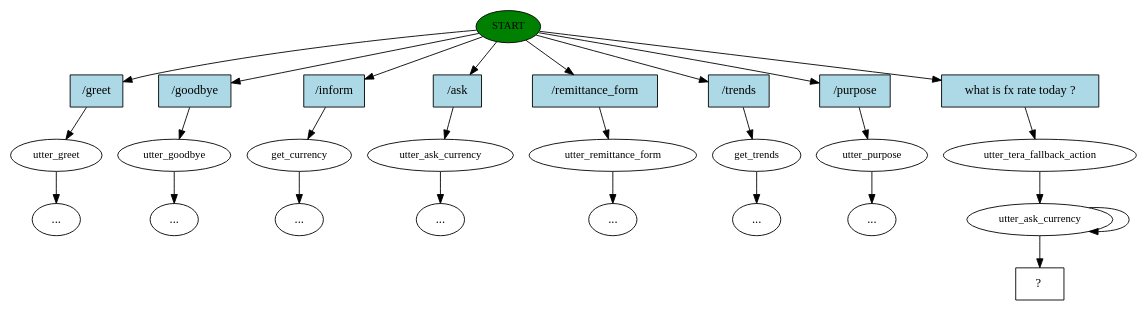
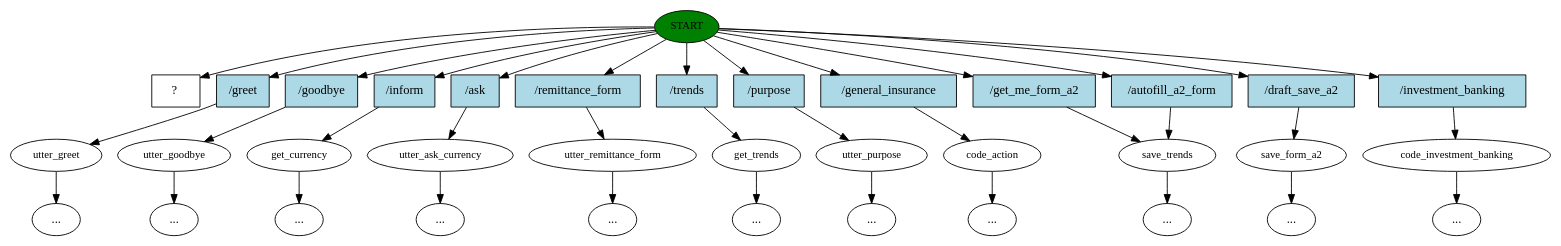
Before and after one commit to vijaykpawar/rasabot: the diagram in story_graph.dot, drawn with Graphviz. The commit also changed 13 other files, not shown here.

```diff
--- a/story_graph.dot
+++ b/story_graph.dot
@@ -1,54 +1,74 @@
 digraph  {
 0 [class="start active", fillcolor=green, fontsize=12, label=START, style=filled];
 1 [class="", fontsize=12, label=utter_greet];
-4 [class="", fontsize=12, label=utter_goodbye];
+2 [class="", fontsize=12, label=utter_goodbye];
+"-4" [class=ellipsis, label="..."];
+3 [class="", fontsize=12, label=get_currency];
 "-6" [class=ellipsis, label="..."];
-5 [class="", fontsize=12, label=get_currency];
 "-7" [class=ellipsis, label="..."];
+6 [class="", fontsize=12, label=utter_ask_currency];
 "-8" [class=ellipsis, label="..."];
-7 [class="", fontsize=12, label=utter_ask_currency];
+7 [class="", fontsize=12, label=utter_remittance_form];
 "-9" [class=ellipsis, label="..."];
-8 [class="", fontsize=12, label=utter_remittance_form];
+8 [class="", fontsize=12, label=get_trends];
 "-10" [class=ellipsis, label="..."];
-9 [class="", fontsize=12, label=get_trends];
+9 [class="", fontsize=12, label=utter_purpose];
 "-11" [class=ellipsis, label="..."];
-10 [class="", fontsize=12, label=utter_purpose];
+10 [class="", fontsize=12, label=code_action];
 "-12" [class=ellipsis, label="..."];
-11 [class=active, fontsize=12, label=utter_tera_fallback_action];
-12 [class=active, fontsize=12, label=utter_ask_currency];
-14 [class="intent dashed active", label="  ?  ", shape=rect];
-15 [class=intent, fillcolor=lightblue, label="/greet", shape=rect, style=filled];
-16 [class=intent, fillcolor=lightblue, label="/goodbye", shape=rect, style=filled];
-17 [class=intent, fillcolor=lightblue, label="/inform", shape=rect, style=filled];
-18 [class=intent, fillcolor=lightblue, label="/ask", shape=rect, style=filled];
-19 [class=intent, fillcolor=lightblue, label="/remittance_form", shape=rect, style=filled];
-20 [class=intent, fillcolor=lightblue, label="/trends", shape=rect, style=filled];
-21 [class=intent, fillcolor=lightblue, label="/purpose", shape=rect, style=filled];
-22 [class="intent active", fillcolor=lightblue, label="what\ is\ fx\ rate\ today\ \?", shape=rect, style=filled];
-0 -> 15  [class="", key=0];
+11 [class="", fontsize=12, label=save_trends];
+"-14" [class=ellipsis, label="..."];
+13 [class="", fontsize=12, label=save_form_a2];
+"-15" [class=ellipsis, label="..."];
+14 [class="", fontsize=12, label=code_investment_banking];
+"-16" [class=ellipsis, label="..."];
+15 [class="intent dashed active", label="  ?  ", shape=rect];
+16 [class=intent, fillcolor=lightblue, label="/greet", shape=rect, style=filled];
+17 [class=intent, fillcolor=lightblue, label="/goodbye", shape=rect, style=filled];
+18 [class=intent, fillcolor=lightblue, label="/inform", shape=rect, style=filled];
+19 [class=intent, fillcolor=lightblue, label="/ask", shape=rect, style=filled];
+20 [class=intent, fillcolor=lightblue, label="/remittance_form", shape=rect, style=filled];
+21 [class=intent, fillcolor=lightblue, label="/trends", shape=rect, style=filled];
+22 [class=intent, fillcolor=lightblue, label="/purpose", shape=rect, style=filled];
+23 [class=intent, fillcolor=lightblue, label="/general_insurance", shape=rect, style=filled];
+24 [class=intent, fillcolor=lightblue, label="/get_me_form_a2", shape=rect, style=filled];
+25 [class=intent, fillcolor=lightblue, label="/autofill_a2_form", shape=rect, style=filled];
+26 [class=intent, fillcolor=lightblue, label="/draft_save_a2", shape=rect, style=filled];
+27 [class=intent, fillcolor=lightblue, label="/investment_banking", shape=rect, style=filled];
+0 -> 15  [class=active, key=NONE, label=""];
 0 -> 16  [class="", key=0];
 0 -> 17  [class="", key=0];
 0 -> 18  [class="", key=0];
 0 -> 19  [class="", key=0];
 0 -> 20  [class="", key=0];
 0 -> 21  [class="", key=0];
-0 -> 22  [class=active, key=0];
-1 -> "-8"  [class="", key=NONE, label=""];
-4 -> "-6"  [class="", key=NONE, label=""];
-5 -> "-7"  [class="", key=NONE, label=""];
+0 -> 22  [class="", key=0];
+0 -> 23  [class="", key=0];
+0 -> 24  [class="", key=0];
+0 -> 25  [class="", key=0];
+0 -> 26  [class="", key=0];
+0 -> 27  [class="", key=0];
+1 -> "-7"  [class="", key=NONE, label=""];
+2 -> "-4"  [class="", key=NONE, label=""];
+3 -> "-6"  [class="", key=NONE, label=""];
+6 -> "-8"  [class="", key=NONE, label=""];
 7 -> "-9"  [class="", key=NONE, label=""];
 8 -> "-10"  [class="", key=NONE, label=""];
 9 -> "-11"  [class="", key=NONE, label=""];
 10 -> "-12"  [class="", key=NONE, label=""];
-11 -> 12  [class=active, key=NONE, label=""];
-12 -> 14  [class=active, key=NONE, label=""];
-12 -> 12  [class=active, key=NONE, label=""];
-15 -> 1  [class="", key=0];
-16 -> 4  [class="", key=0];
-17 -> 5  [class="", key=0];
-18 -> 7  [class="", key=0];
-19 -> 8  [class="", key=0];
-20 -> 9  [class="", key=0];
-21 -> 10  [class="", key=0];
-22 -> 11  [class=active, key=0];
+11 -> "-14"  [class="", key=NONE, label=""];
+13 -> "-15"  [class="", key=NONE, label=""];
+14 -> "-16"  [class="", key=NONE, label=""];
+16 -> 1  [class="", key=0];
+17 -> 2  [class="", key=0];
+18 -> 3  [class="", key=0];
+19 -> 6  [class="", key=0];
+20 -> 7  [class="", key=0];
+21 -> 8  [class="", key=0];
+22 -> 9  [class="", key=0];
+23 -> 10  [class="", key=0];
+24 -> 11  [class="", key=0];
+25 -> 11  [class="", key=0];
+26 -> 13  [class="", key=0];
+27 -> 14  [class="", key=0];
 }
```
